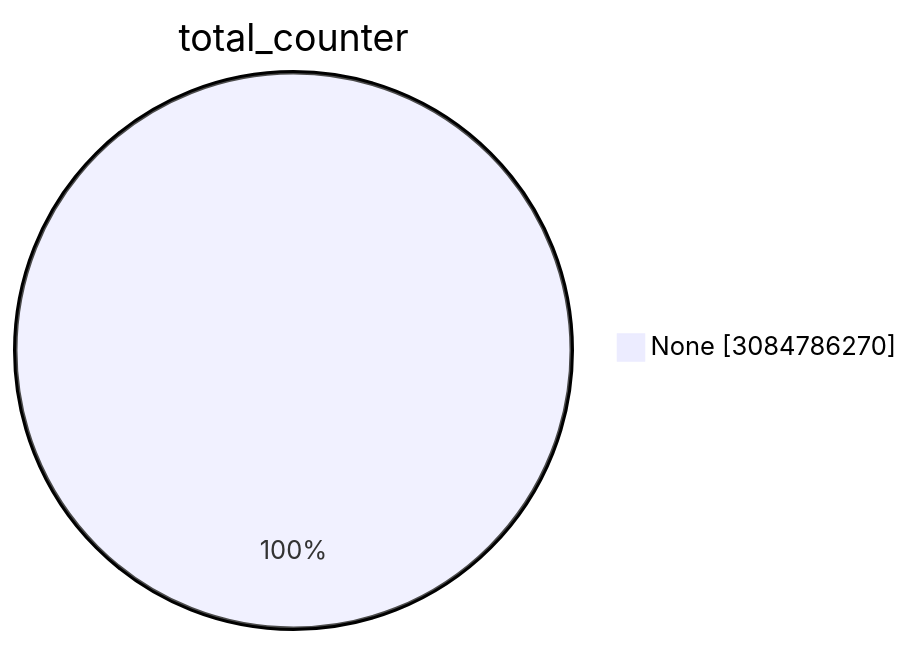
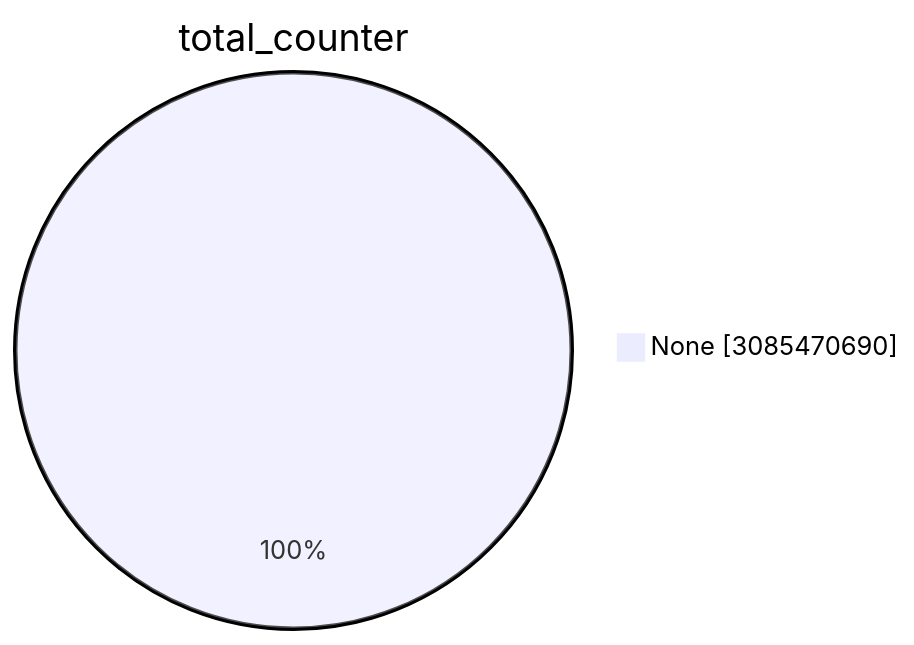
Before and after one commit to christiankrug/ctmonitor_visualization: the first of 15 diagrams in TOTAL/README.md, drawn with Mermaid. The commit also changed other lines of this file, not shown here.

````diff
--- a/TOTAL/README.md
+++ b/TOTAL/README.md
@@ -1,5 +1,5 @@
 ```mermaid
 pie showData
 title total_counter
-"None" :3084786270
+"None" :3085470690
 ```
````
